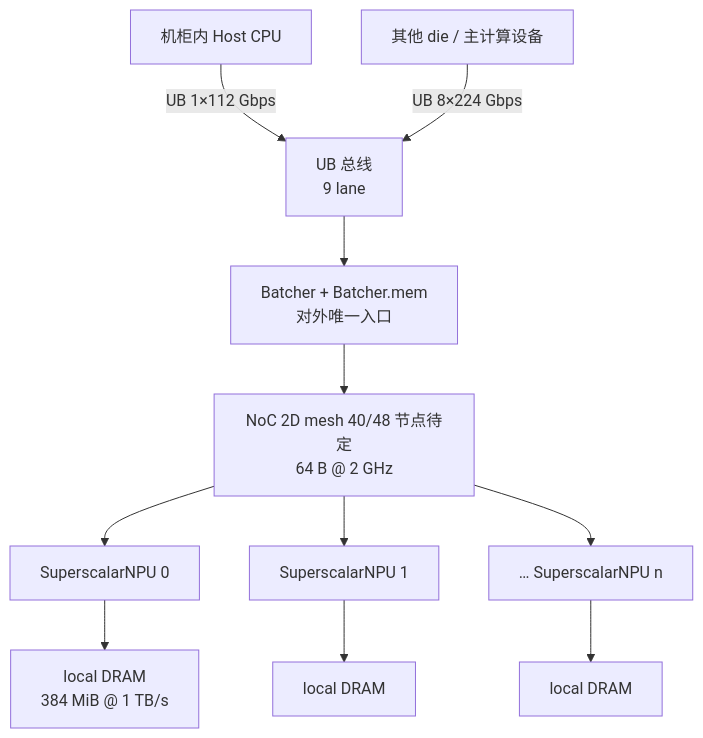
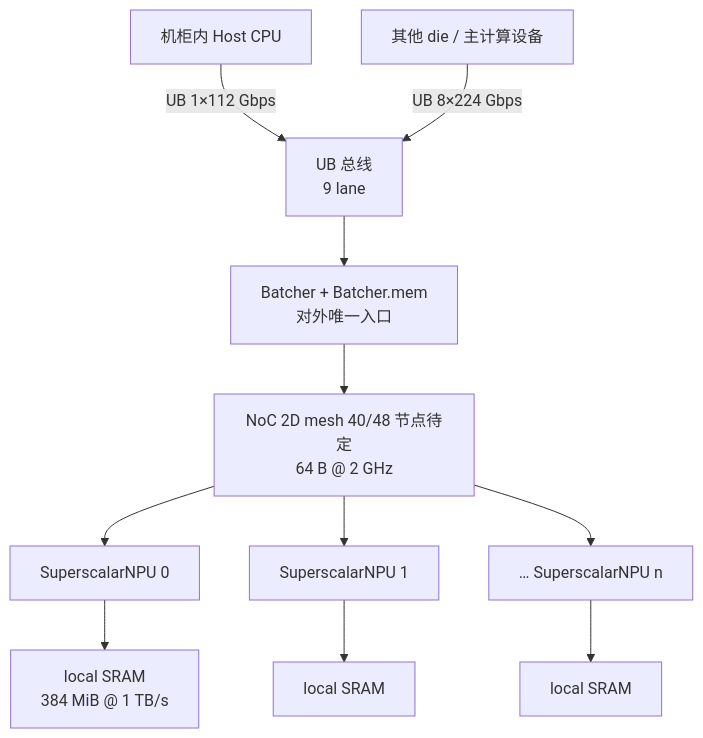
One commit to PTO-ISA/wse-model changed the second of 12 diagrams in docs/design/wse-system-architecture-whitepaper.md. Above: the diagram before and after it, drawn with Mermaid. The commit also changed other lines of this file and 4 other files, not shown here.

Commit message:
docs: use local SRAM for WSE weight storage

````diff
--- a/docs/design/wse-system-architecture-whitepaper.md
+++ b/docs/design/wse-system-architecture-whitepaper.md
@@ -82,13 +97,13 @@
 ```mermaid
 flowchart TD
   HOST[机柜内 Host CPU] -->|UB 1×112 Gbps| UBN[UB 总线<br/>9 lane]
   PEER[其他 die / 主计算设备] -->|UB 8×224 Gbps| UBN
   UBN --> BAT[Batcher + Batcher.mem<br/>对外唯一入口]
   BAT --> NOC[NoC 2D mesh 40/48 节点待定<br/>64 B @ 2 GHz]
   NOC --> C0[SuperscalarNPU 0]
   NOC --> C1[SuperscalarNPU 1]
   NOC --> CN[… SuperscalarNPU n]
-  C0 --> M0[local DRAM<br/>384 MiB @ 1 TB/s]
-  C1 --> M1[local DRAM]
-  CN --> MN[local DRAM]
+  C0 --> M0[local SRAM<br/>384 MiB @ 1 TB/s]
+  C1 --> M1[local SRAM]
+  CN --> MN[local SRAM]
 ```
````
